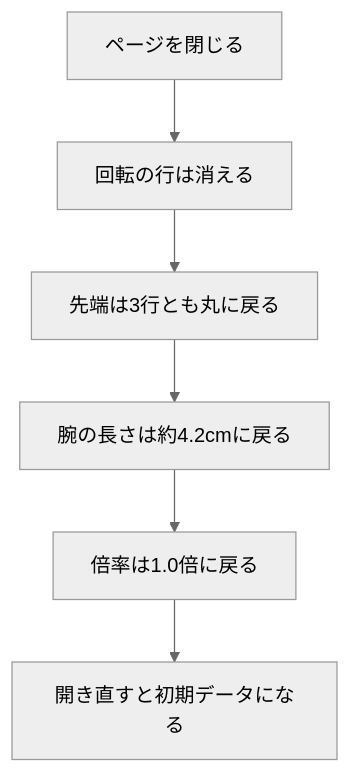
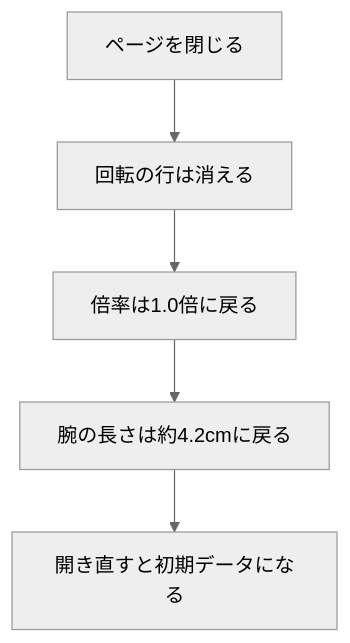
Before and after one commit to pfgnsb/hand-spinner: the second of 2 diagrams in spinner/ドキュメント/データベース設計.md, drawn with Mermaid (neutral theme). The commit also changed other lines of this file and 10 other files, not shown here.

````diff
--- a/spinner/ドキュメント/データベース設計.md
+++ b/spinner/ドキュメント/データベース設計.md
@@ -124,8 +124,7 @@
 ```mermaid
 flowchart TD
   a[ページを閉じる] --> b[回転の行は消える]
-  b --> c[先端は3行とも丸に戻る]
+  b --> c[倍率は1.0倍に戻る]
   c --> d[腕の長さは約4.2cmに戻る]
-  d --> e[倍率は1.0倍に戻る]
-  e --> f[開き直すと初期データになる]
+  d --> e[開き直すと初期データになる]
 ```
````
